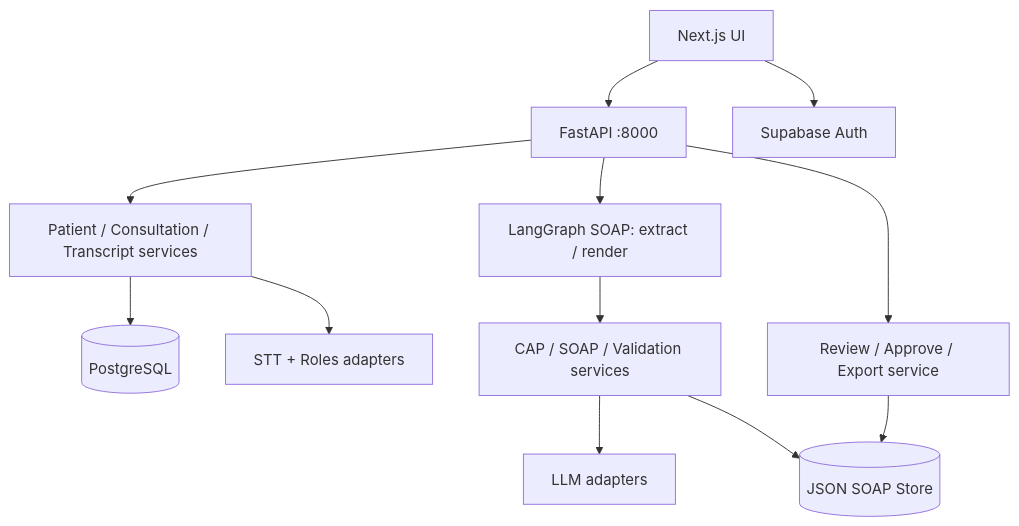
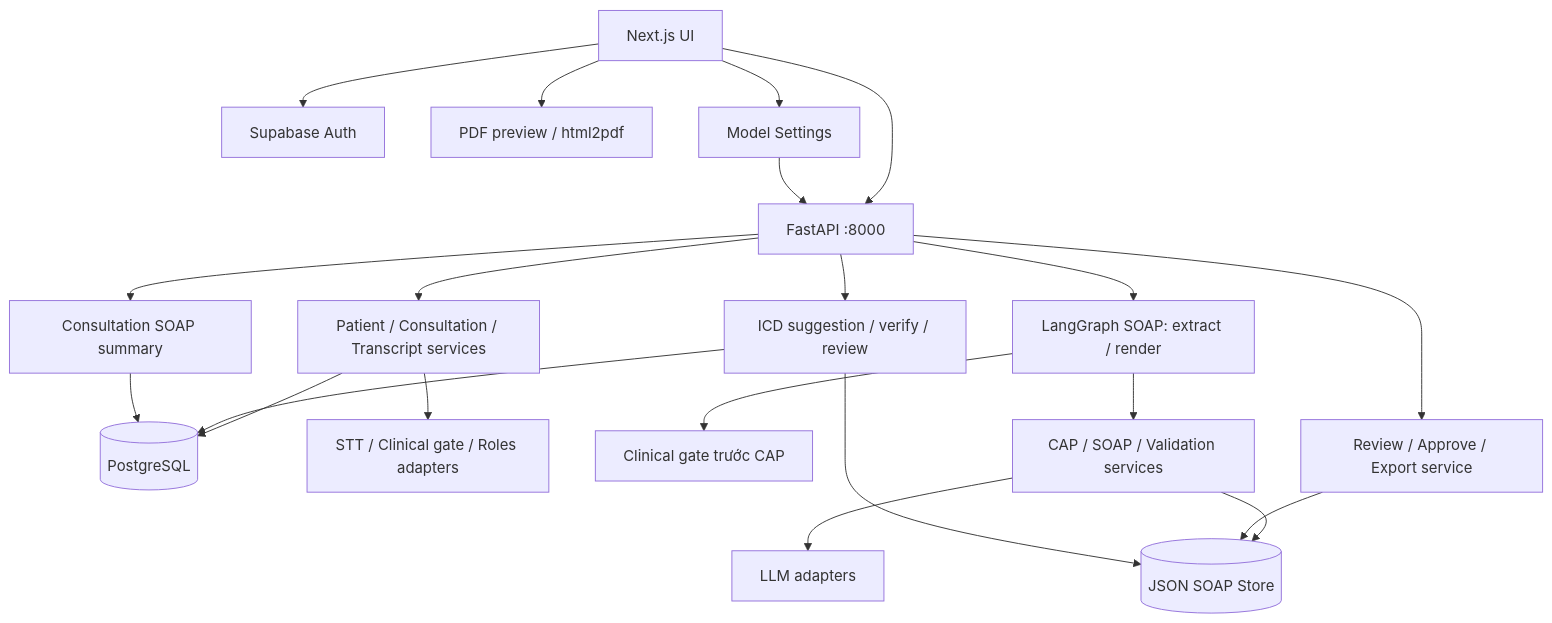
Before and after one commit to he170794kieudinhdoan-lang/ClinNoteAi: the second of 2 diagrams in README.md, drawn with Mermaid. The commit also changed other lines of this file and 8 other files, not shown here.

Commit message:
docs: refresh project evidence and architecture

````diff
--- a/README.md
+++ b/README.md
@@ -398,14 +269,23 @@
 ```mermaid
 flowchart TB
     UI[Next.js UI] --> API[FastAPI :8000]
     UI --> AUTH[Supabase Auth]
+    UI --> PDF[PDF preview / html2pdf]
+    UI --> SETTINGS[Model Settings]
     API --> ENCOUNTER[Patient / Consultation / Transcript services]
     ENCOUNTER --> DB[(PostgreSQL)]
-    ENCOUNTER --> STT[STT + Roles adapters]
+    ENCOUNTER --> STT[STT / Clinical gate / Roles adapters]
     API --> GRAPH[LangGraph SOAP: extract / render]
+    GRAPH --> GATE[Clinical gate trước CAP]
     GRAPH --> SERVICES[CAP / SOAP / Validation services]
     SERVICES --> LLM[LLM adapters]
     SERVICES --> STORE[(JSON SOAP Store)]
     API --> REVIEW[Review / Approve / Export service]
     REVIEW --> STORE
+    API --> ICD[ICD suggestion / verify / review]
+    ICD --> STORE
+    ICD --> DB
+    API --> CSOAP[Consultation SOAP summary]
+    CSOAP --> DB
+    SETTINGS --> API
 ```
````
